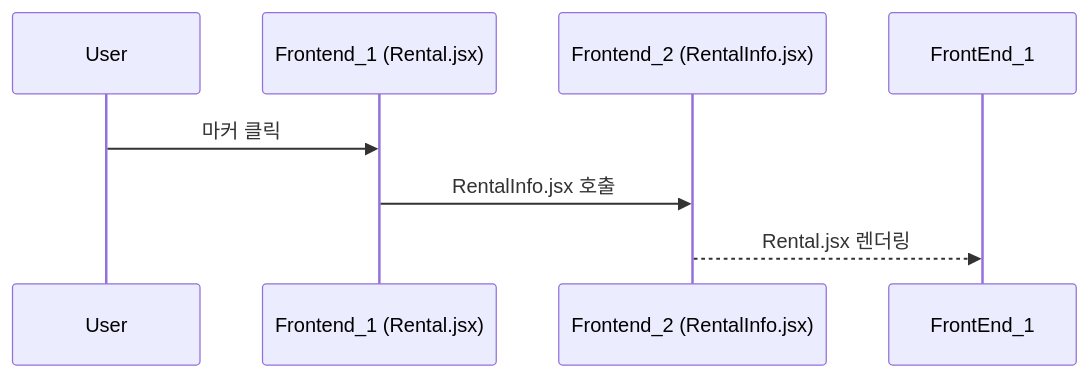
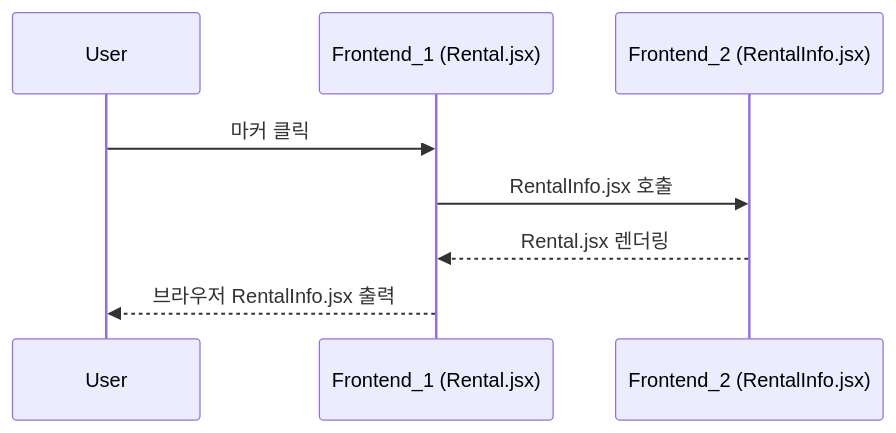
The second of 2 diagrams in Rental.md (KwonYongBin/bicycle-app), drawn with Mermaid before and after one commit.

Commit message:
md upload

````diff
--- a/Rental.md
+++ b/Rental.md
@@ -26,10 +26,11 @@
 ```mermaid
     sequenceDiagram
         participant User
         participant Frontend_1 as Frontend_1 (Rental.jsx)
         participant Frontend_2 as Frontend_2 (RentalInfo.jsx)
 
         User ->> Frontend_1: 마커 클릭
         Frontend_1 ->> Frontend_2: RentalInfo.jsx 호출
-        Frontend_2 -->> FrontEnd_1: Rental.jsx 렌더링
+        Frontend_2 -->> Frontend_1: Rental.jsx 렌더링
+        Frontend_1 -->> User: 브라우저 RentalInfo.jsx 출력
 ```
````
